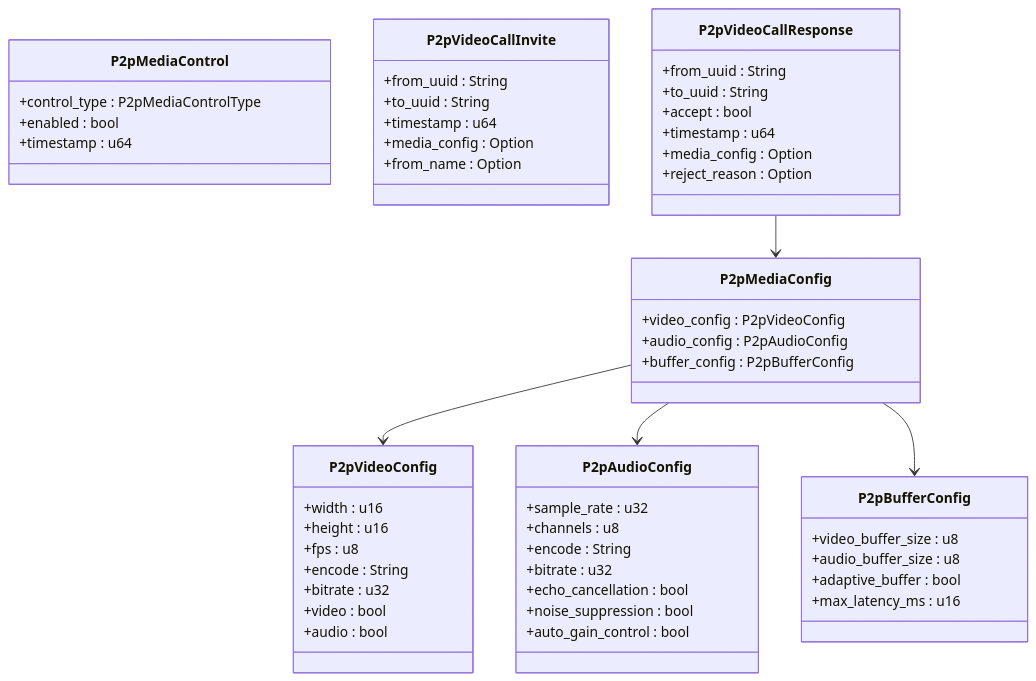
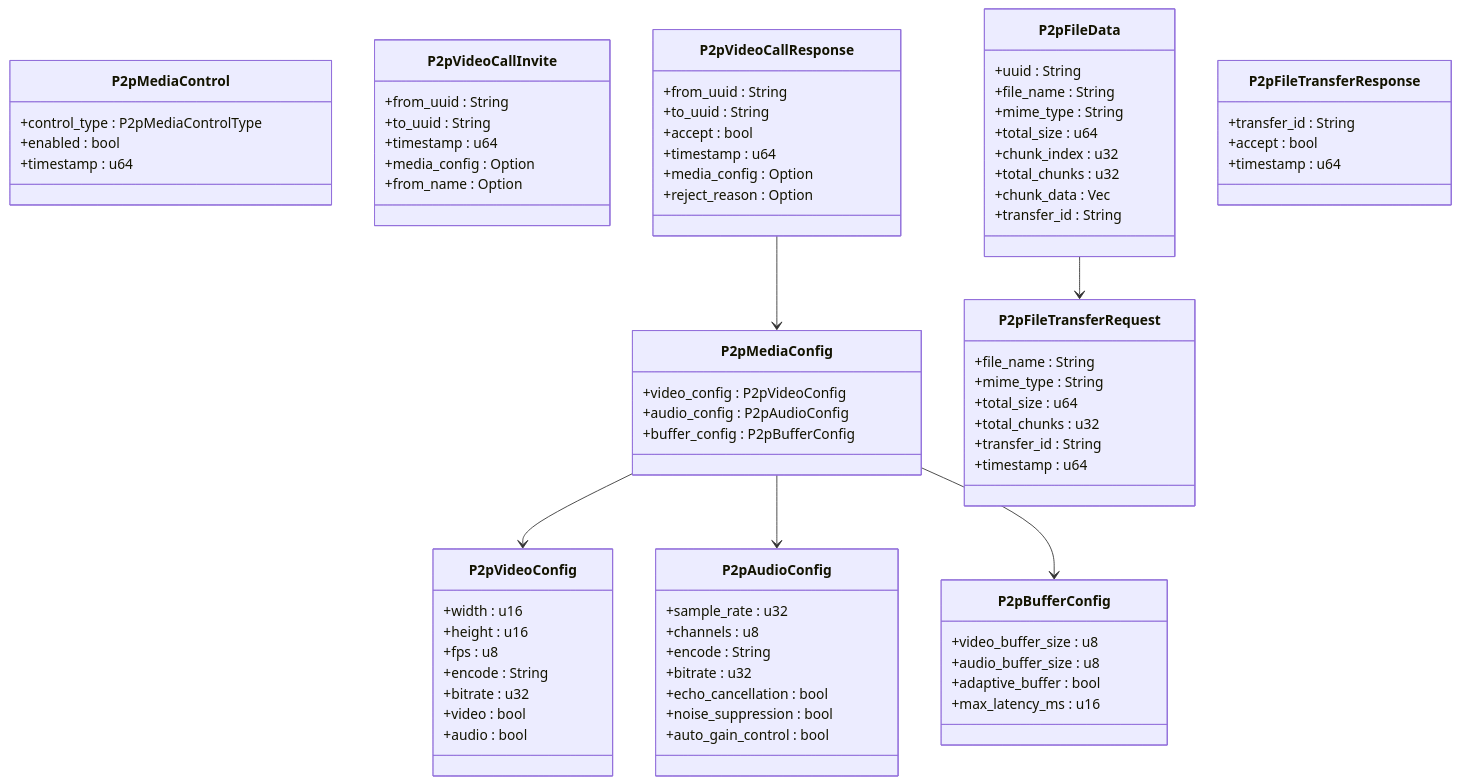
Before and after one commit to nicolastinger/only-talk-app: the eighth of 11 diagrams in .qoder/repowiki/zh/content/网络通信/网络通信.md, drawn with Mermaid. The commit also changed other lines of this file and 9 other files, not shown here.

````diff
--- a/.qoder/repowiki/zh/content/网络通信/网络通信.md
+++ b/.qoder/repowiki/zh/content/网络通信/网络通信.md
@@ -264,56 +290,80 @@
 ```mermaid
 classDiagram
 class P2pVideoConfig {
 +width : u16
 +height : u16
 +fps : u8
 +encode : String
 +bitrate : u32
 +video : bool
 +audio : bool
 }
 class P2pAudioConfig {
 +sample_rate : u32
 +channels : u8
 +encode : String
 +bitrate : u32
 +echo_cancellation : bool
 +noise_suppression : bool
 +auto_gain_control : bool
 }
 class P2pBufferConfig {
 +video_buffer_size : u8
 +audio_buffer_size : u8
 +adaptive_buffer : bool
 +max_latency_ms : u16
 }
 class P2pMediaConfig {
 +video_config : P2pVideoConfig
 +audio_config : P2pAudioConfig
 +buffer_config : P2pBufferConfig
 }
 class P2pMediaControl {
 +control_type : P2pMediaControlType
 +enabled : bool
 +timestamp : u64
 }
 class P2pVideoCallInvite {
 +from_uuid : String
 +to_uuid : String
 +timestamp : u64
 +media_config : Option<P2pMediaConfig>
 +from_name : Option<String>
 }
 class P2pVideoCallResponse {
 +from_uuid : String
 +to_uuid : String
 +accept : bool
 +timestamp : u64
 +media_config : Option<P2pMediaConfig>
 +reject_reason : Option<String>
 }
+class P2pFileData {
++uuid : String
++file_name : String
++mime_type : String
++total_size : u64
++chunk_index : u32
++total_chunks : u32
++chunk_data : Vec<u8>
++transfer_id : String
+}
+class P2pFileTransferRequest {
++file_name : String
++mime_type : String
++total_size : u64
++total_chunks : u32
++transfer_id : String
++timestamp : u64
+}
+class P2pFileTransferResponse {
++transfer_id : String
++accept : bool
++timestamp : u64
+}
 P2pMediaConfig --> P2pVideoConfig
 P2pMediaConfig --> P2pAudioConfig
 P2pMediaConfig --> P2pBufferConfig
 P2pVideoCallResponse --> P2pMediaConfig
+P2pFileData --> P2pFileTransferRequest
 ```
````
